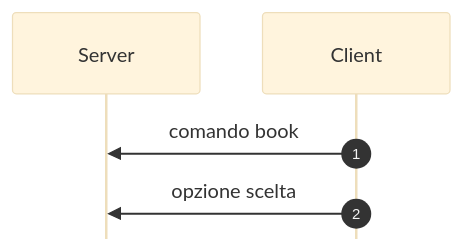
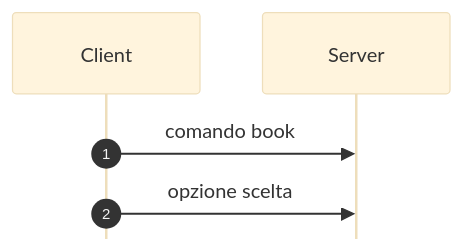
The second of 10 diagrams in README.md (MainKronos/RistorazioneDigitale), drawn with Mermaid (base theme) before and after one commit. The commit also changed other lines of this file and 3 other files, not shown here.

````diff
--- a/README.md
+++ b/README.md
@@ -76,11 +80,11 @@
 ```mermaid
 %%{init: { "sequence": { "mirrorActors":false }}}%%
 
 sequenceDiagram
 	autonumber
+	participant cl as Client
 	participant sv as Server
-	participant cl as Client
 
 	cl->>sv: comando book
 	cl->>sv: opzione scelta
 ```
````
